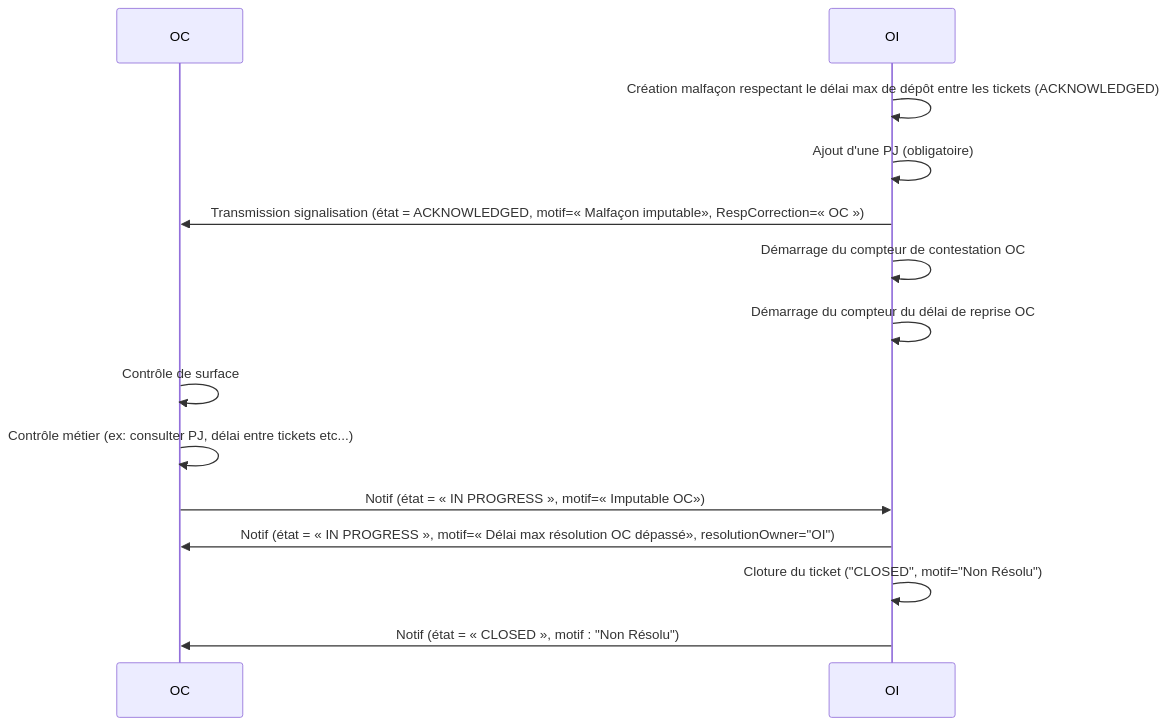
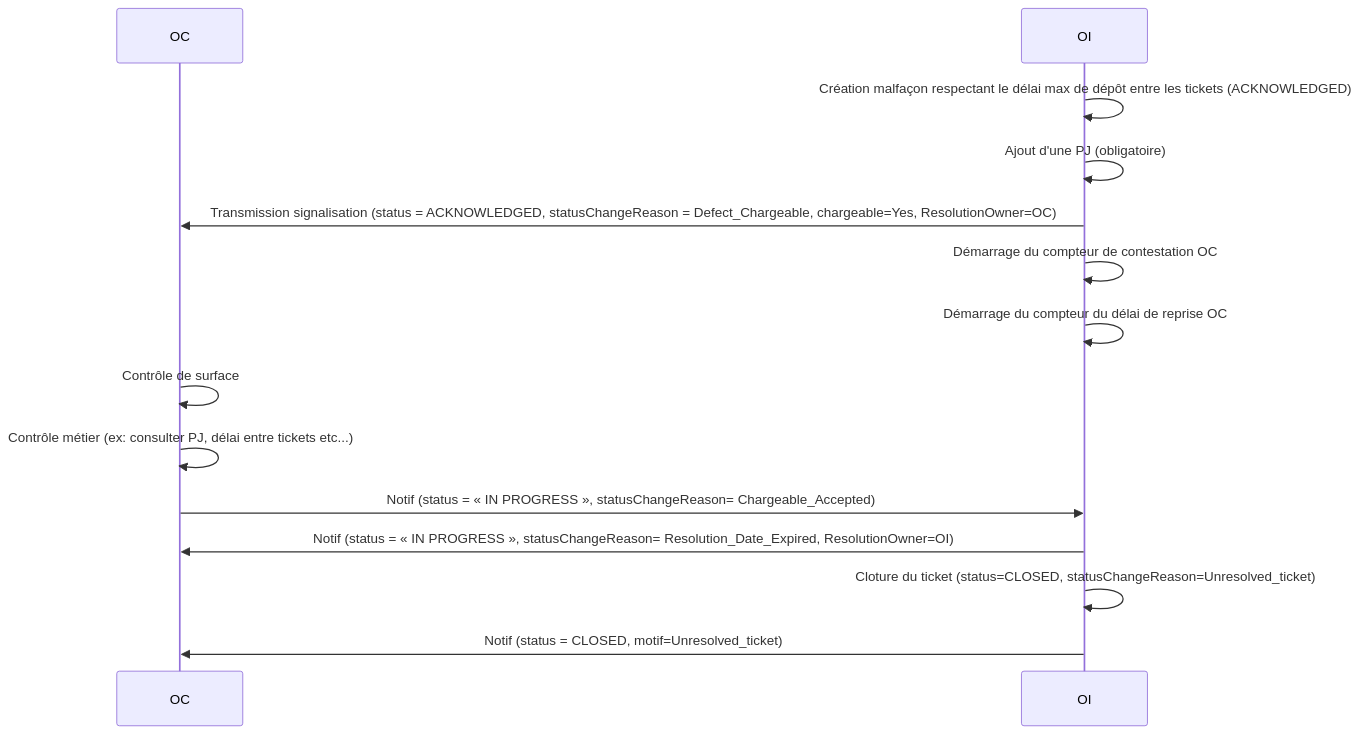
One commit to before-interop/malfacon changed the sixth of 14 diagrams in README.md. Above: the diagram before and after it, drawn with Mermaid. The commit also changed other lines of this file and 1 other file, not shown here.

````diff
--- a/README.md
+++ b/README.md
@@ -366,18 +359,18 @@
 ```mermaid
 sequenceDiagram
 
   participant OC
   participant OI
 
   OI->>OI: Création malfaçon respectant le délai max de dépôt entre les tickets (ACKNOWLEDGED)
   OI->>OI: Ajout d'une PJ (obligatoire)
-  OI->>OC: Transmission signalisation (état = ACKNOWLEDGED, motif=« Malfaçon imputable», RespCorrection=« OC »)
+  OI->>OC: Transmission signalisation (status = ACKNOWLEDGED, statusChangeReason = Defect_Chargeable, chargeable=Yes, ResolutionOwner=OC)
   OI->>OI: Démarrage du compteur de contestation OC
   OI->>OI: Démarrage du compteur du délai de reprise OC
   OC->>OC: Contrôle de surface
   OC->>OC: Contrôle métier (ex: consulter PJ, délai entre tickets etc...)
-  OC->>OI: Notif (état = « IN PROGRESS », motif=« Imputable OC»)
-  OI->>OC: Notif (état = « IN PROGRESS », motif=« Délai max résolution OC dépassé», resolutionOwner="OI")
-  OI->>OI: Cloture du ticket ("CLOSED", motif="Non Résolu")
-  OI->>OC: Notif (état = « CLOSED », motif : "Non Résolu")
+  OC->>OI: Notif (status = « IN PROGRESS », statusChangeReason= Chargeable_Accepted)
+  OI->>OC: Notif (status = « IN PROGRESS », statusChangeReason= Resolution_Date_Expired, ResolutionOwner=OI)
+  OI->>OI: Cloture du ticket (status=CLOSED, statusChangeReason=Unresolved_ticket)
+  OI->>OC: Notif (status = CLOSED, motif=Unresolved_ticket)
 ```
````
